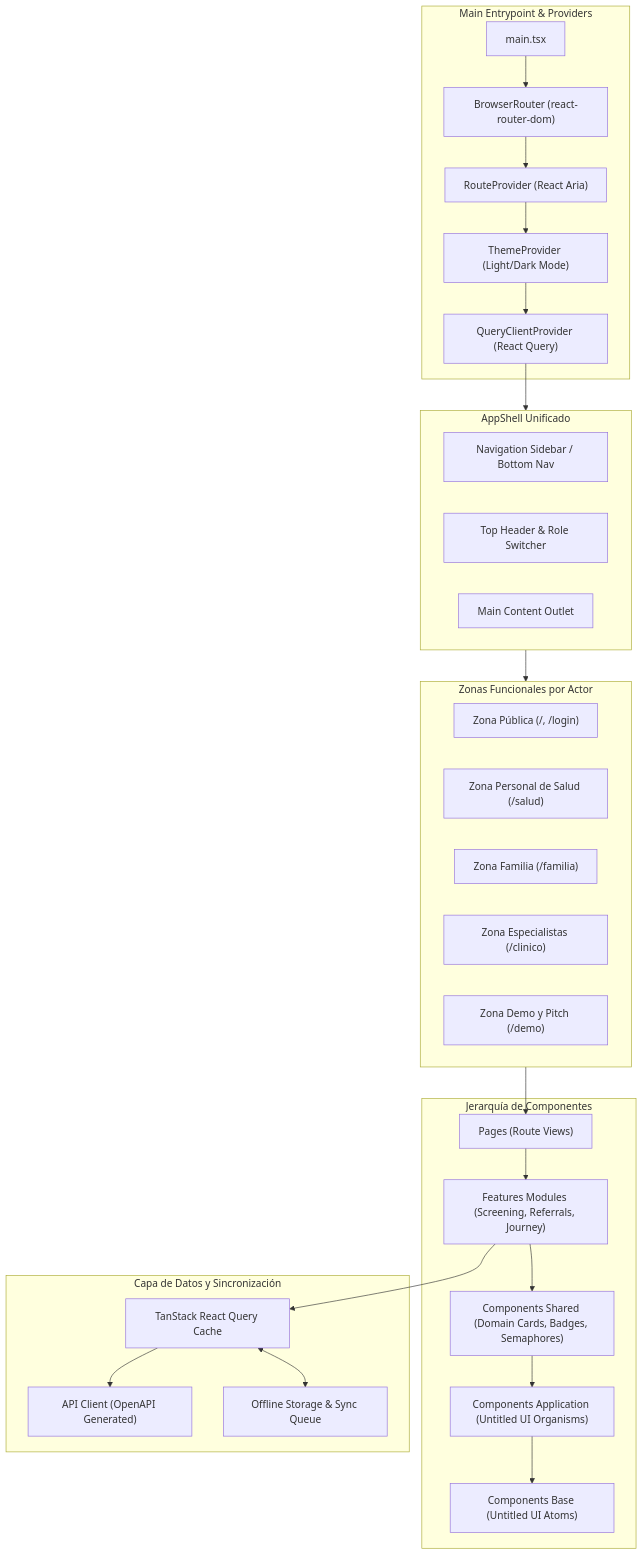
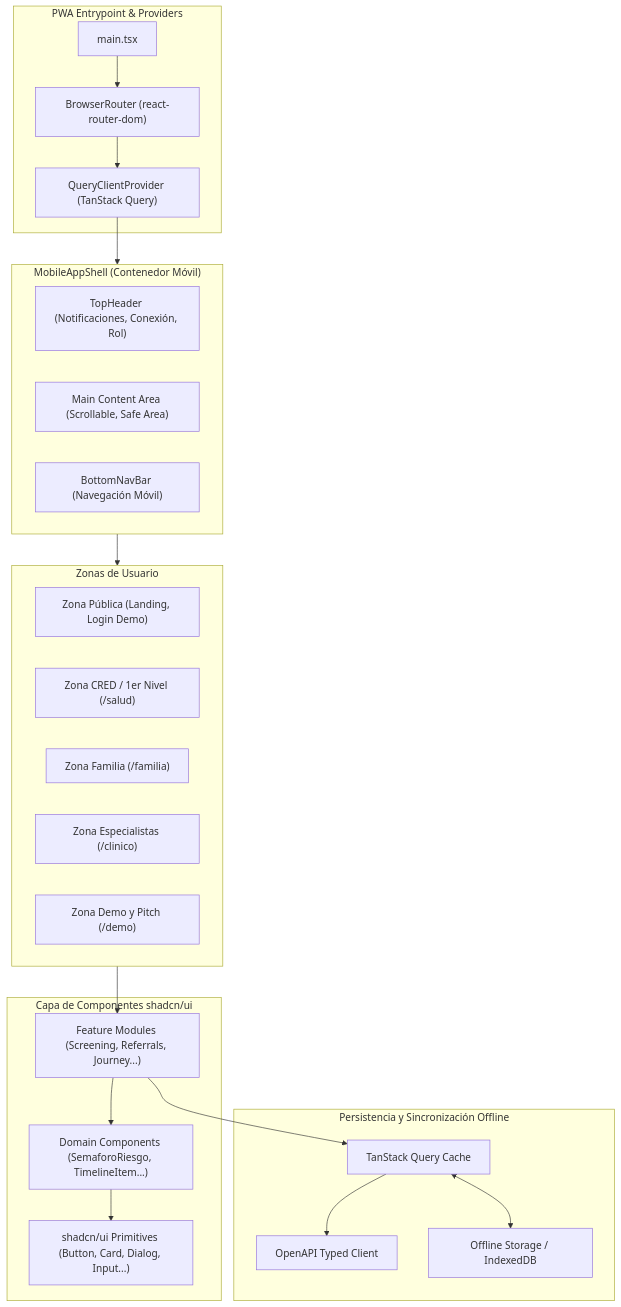
The diagram in frontend/docs/ARCHITECTURE.md (TechAtlasDev/neuroalianza), drawn with Mermaid before and after one commit. The commit also changed other lines of this file and 42 other files, not shown here.

Commit message:
feat(frontend): migrate architecture to shadcn/ui and mobile-first PWA layout with tests

````diff
--- a/frontend/docs/ARCHITECTURE.md
+++ b/frontend/docs/ARCHITECTURE.md
@@ -12,46 +12,41 @@
 ```mermaid
 flowchart TB
-    subgraph AppRoot ["Main Entrypoint & Providers"]
+    subgraph PWARoot ["PWA Entrypoint & Providers"]
         Main["main.tsx"]
         BrowserRouter["BrowserRouter (react-router-dom)"]
-        RouteProvider["RouteProvider (React Aria)"]
-        ThemeProvider["ThemeProvider (Light/Dark Mode)"]
-        QueryProvider["QueryClientProvider (React Query)"]
+        QueryProvider["QueryClientProvider (TanStack Query)"]
     end
 
-    subgraph Shell ["AppShell Unificado"]
-        Nav["Navigation Sidebar / Bottom Nav"]
-        Header["Top Header & Role Switcher"]
-        MainContent["Main Content Outlet"]
+    subgraph MobileShell ["MobileAppShell (Contenedor Móvil)"]
+        TopBar["TopHeader (Notificaciones, Conexión, Rol)"]
+        OutletArea["Main Content Area (Scrollable, Safe Area)"]
+        BottomNav["BottomNavBar (Navegación Móvil)"]
     end
 
-    subgraph Zones ["Zonas Funcionales por Actor"]
-        PublicZone["Zona Pública (/, /login)"]
-        HealthZone["Zona Personal de Salud (/salud)"]
+    subgraph Zones ["Zonas de Usuario"]
+        PublicZone["Zona Pública (Landing, Login Demo)"]
+        HealthZone["Zona CRED / 1er Nivel (/salud)"]
         FamilyZone["Zona Familia (/familia)"]
         ClinicalZone["Zona Especialistas (/clinico)"]
         DemoZone["Zona Demo y Pitch (/demo)"]
     end
 
-    subgraph ComponentsHierarchy ["Jerarquía de Componentes"]
-        BaseComp["Components Base (Untitled UI Atoms)"]
-        AppComp["Components Application (Untitled UI Organisms)"]
-        SharedDomain["Components Shared (Domain Cards, Badges, Semaphores)"]
-        FeatureComp["Features Modules (Screening, Referrals, Journey)"]
-        PagesComp["Pages (Route Views)"]
+    subgraph ComponentStack ["Capa de Componentes shadcn/ui"]
+        ShadcnUI["shadcn/ui Primitives (Button, Card, Dialog, Input...)"]
+        DomainShared["Domain Components (SemaforoRiesgo, TimelineItem...)"]
+        FeatureModules["Feature Modules (Screening, Referrals, Journey...)"]
     end
 
-    subgraph DataLayer ["Capa de Datos y Sincronización"]
-        ApiClient["API Client (OpenAPI Generated)"]
-        ReactQuery["TanStack React Query Cache"]
-        OfflineQueue["Offline Storage & Sync Queue"]
+    subgraph StorageSync ["Persistencia y Sincronización Offline"]
+        ApiClient["OpenAPI Typed Client"]
+        QueryCache["TanStack Query Cache"]
+        OfflineQueue["Offline Storage / IndexedDB"]
     end
 
-    Main --> BrowserRouter --> RouteProvider --> ThemeProvider --> QueryProvider
-    QueryProvider --> Shell
-    Shell --> Zones
-    Zones --> PagesComp
-    PagesComp --> FeatureComp --> SharedDomain --> AppComp --> BaseComp
-    FeatureComp --> ReactQuery --> ApiClient
-    ReactQuery <--> OfflineQueue
+    Main --> BrowserRouter --> QueryProvider --> MobileShell
+    MobileShell --> Zones
+    Zones --> FeatureModules
+    FeatureModules --> DomainShared --> ShadcnUI
+    FeatureModules --> QueryCache --> ApiClient
+    QueryCache <--> OfflineQueue
 ```
````
